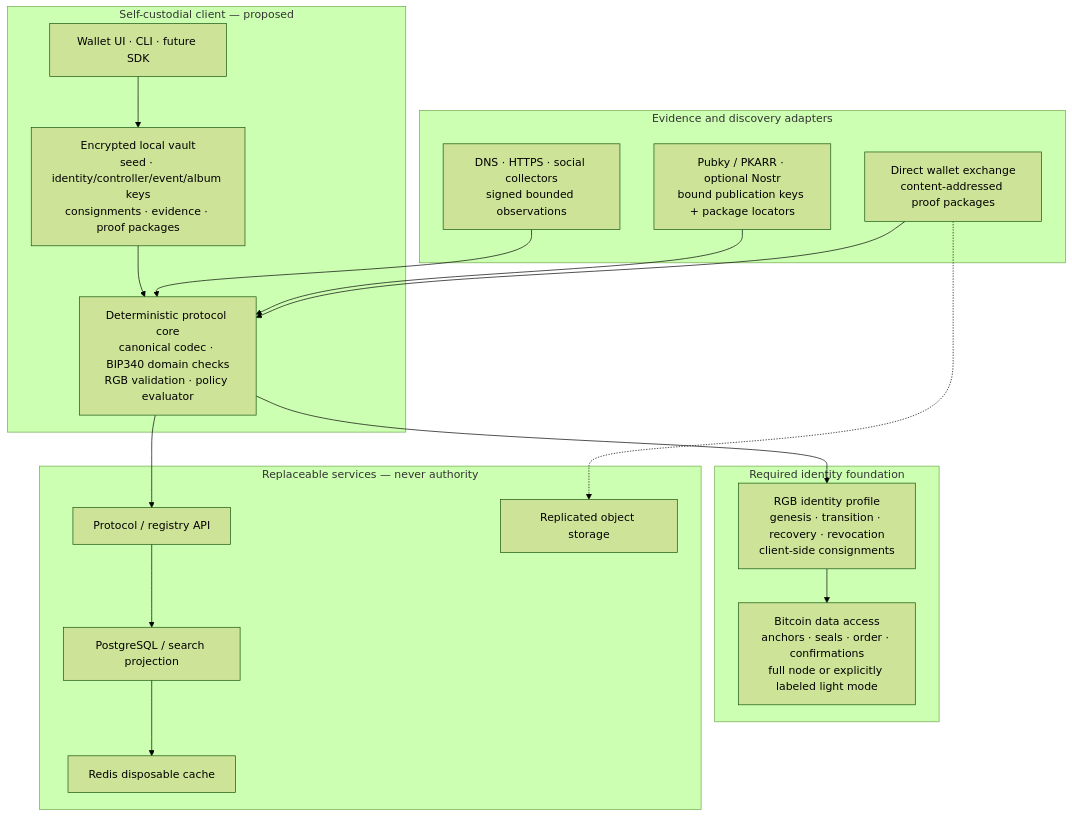
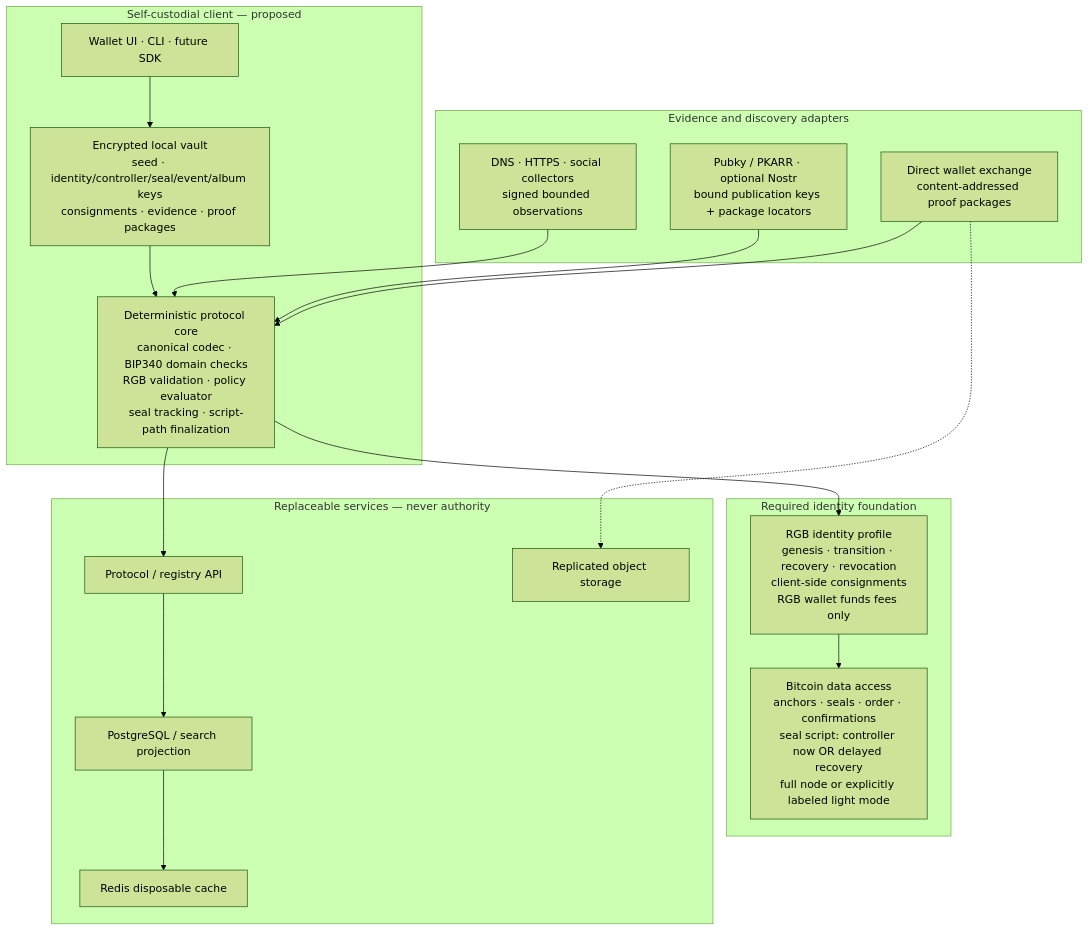
One commit to EdwinKestler/o2a-protocol changed the diagram in docs/diagrams/05-software-stack-architecture.md. Above: the diagram before and after it, drawn with Mermaid (forest theme). The commit also changed other lines of this file and 7 other files, not shown here.

Commit message:
Align protocol figures with identity and seal decisions

````diff
--- a/docs/diagrams/05-software-stack-architecture.md
+++ b/docs/diagrams/05-software-stack-architecture.md
@@ -11,36 +19,36 @@
 ```mermaid
 flowchart TB
     subgraph CLIENT["Self-custodial client — proposed"]
         UX["Wallet UI · CLI · future SDK"]
-        VAULT["Encrypted local vault<br/>seed · identity/controller/event/album keys<br/>consignments · evidence · proof packages"]
-        CORE["Deterministic protocol core<br/>canonical codec · BIP340 domain checks<br/>RGB validation · policy evaluator"]
+        VAULT["Encrypted local vault<br/>seed · identity/controller/seal/event/album keys<br/>consignments · evidence · proof packages"]
+        CORE["Deterministic protocol core<br/>canonical codec · BIP340 domain checks<br/>RGB validation · policy evaluator<br/>seal tracking · script-path finalization"]
         UX --> VAULT --> CORE
     end
 
     subgraph REQUIRED["Required identity foundation"]
-        RGB["RGB identity profile<br/>genesis · transition · recovery · revocation<br/>client-side consignments"]
-        BTC["Bitcoin data access<br/>anchors · seals · order · confirmations<br/>full node or explicitly labeled light mode"]
+        RGB["RGB identity profile<br/>genesis · transition · recovery · revocation<br/>client-side consignments<br/>RGB wallet funds fees only"]
+        BTC["Bitcoin data access<br/>anchors · seals · order · confirmations<br/>seal script: controller now OR delayed recovery<br/>full node or explicitly labeled light mode"]
         RGB --> BTC
     end
 
     subgraph EDGE["Evidence and discovery adapters"]
         DNS["DNS · HTTPS · social collectors<br/>signed bounded observations"]
         PUB["Pubky / PKARR · optional Nostr<br/>bound publication keys + package locators"]
         P2P["Direct wallet exchange<br/>content-addressed proof packages"]
     end
 
     subgraph SERVICES["Replaceable services — never authority"]
         API["Protocol / registry API"]
         SQL["PostgreSQL / search projection"]
         CACHE["Redis disposable cache"]
         OBJ["Replicated object storage"]
     end
 
     CORE --> RGB
     DNS --> CORE
     PUB --> CORE
     P2P --> CORE
     CORE --> API --> SQL
     SQL --> CACHE
     P2P -.-> OBJ
 ```
````
